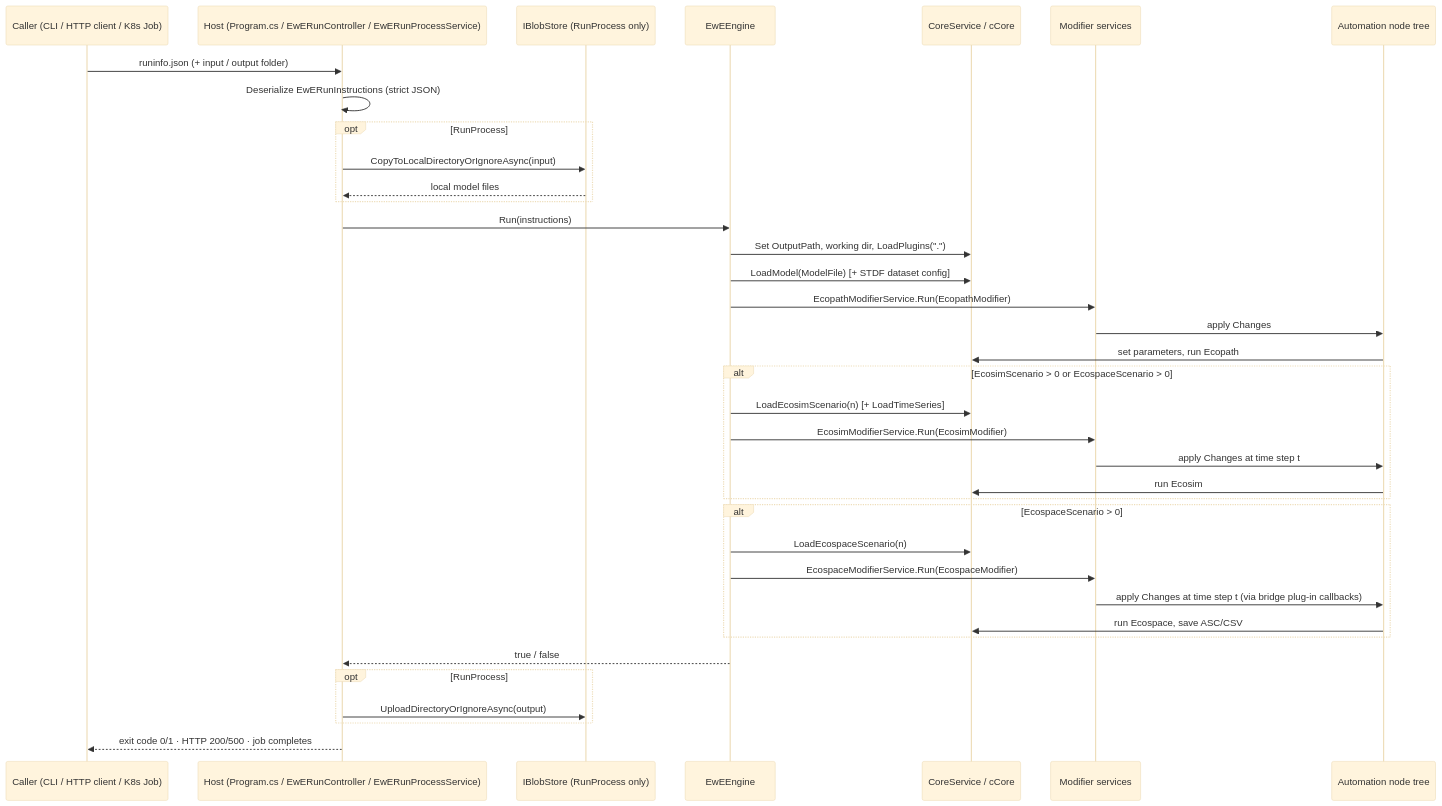
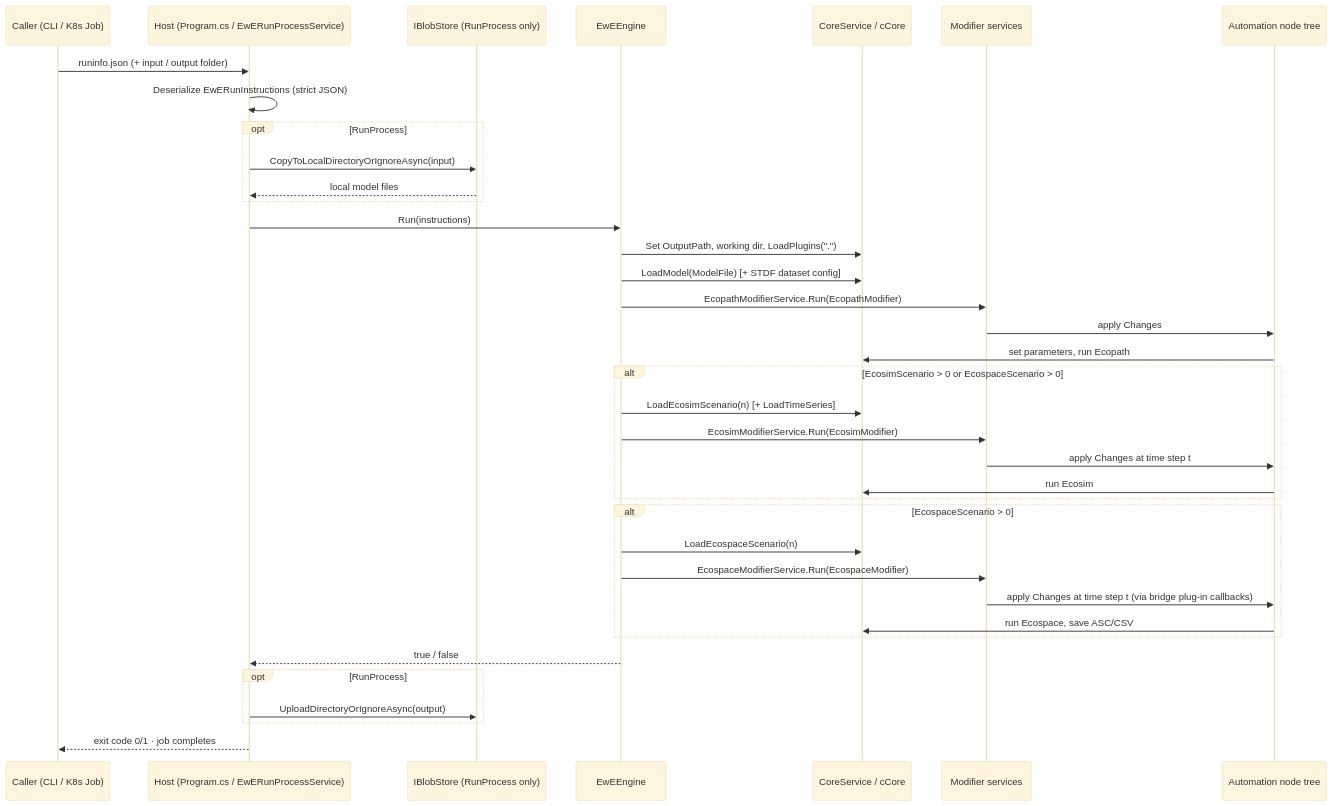
The fourth of 6 diagrams in Eii.Ecopath.Runner_architecture.md (Official-EwE/Eii.Ecopath.Runner), drawn with Mermaid (base theme) before and after one commit. The commit also changed other lines of this file and 16 other files, not shown here.

````diff
--- a/Eii.Ecopath.Runner_architecture.md
+++ b/Eii.Ecopath.Runner_architecture.md
@@ -190,40 +167,40 @@
 ```mermaid
 sequenceDiagram
-    participant U as Caller (CLI / HTTP client / K8s Job)
-    participant H as Host (Program.cs / EwERunController / EwERunProcessService)
+    participant U as Caller (CLI / K8s Job)
+    participant H as Host (Program.cs / EwERunProcessService)
     participant B as IBlobStore (RunProcess only)
     participant E as EwEEngine
     participant C as CoreService / cCore
     participant M as Modifier services
     participant N as Automation node tree
 
     U->>H: runinfo.json (+ input / output folder)
     H->>H: Deserialize EwERunInstructions (strict JSON)
     opt RunProcess
         H->>B: CopyToLocalDirectoryOrIgnoreAsync(input)
         B-->>H: local model files
     end
     H->>E: Run(instructions)
     E->>C: Set OutputPath, working dir, LoadPlugins(".")
     E->>C: LoadModel(ModelFile) [+ STDF dataset config]
     E->>M: EcopathModifierService.Run(EcopathModifier)
     M->>N: apply Changes
     N->>C: set parameters, run Ecopath
     alt EcosimScenario > 0 or EcospaceScenario > 0
         E->>C: LoadEcosimScenario(n) [+ LoadTimeSeries]
         E->>M: EcosimModifierService.Run(EcosimModifier)
         M->>N: apply Changes at time step t
         N->>C: run Ecosim
     end
     alt EcospaceScenario > 0
         E->>C: LoadEcospaceScenario(n)
         E->>M: EcospaceModifierService.Run(EcospaceModifier)
         M->>N: apply Changes at time step t (via bridge plug-in callbacks)
         N->>C: run Ecospace, save ASC/CSV
     end
     E-->>H: true / false
     opt RunProcess
         H->>B: UploadDirectoryOrIgnoreAsync(output)
     end
-    H-->>U: exit code 0/1 · HTTP 200/500 · job completes
+    H-->>U: exit code 0/1 · job completes
 ```
````
